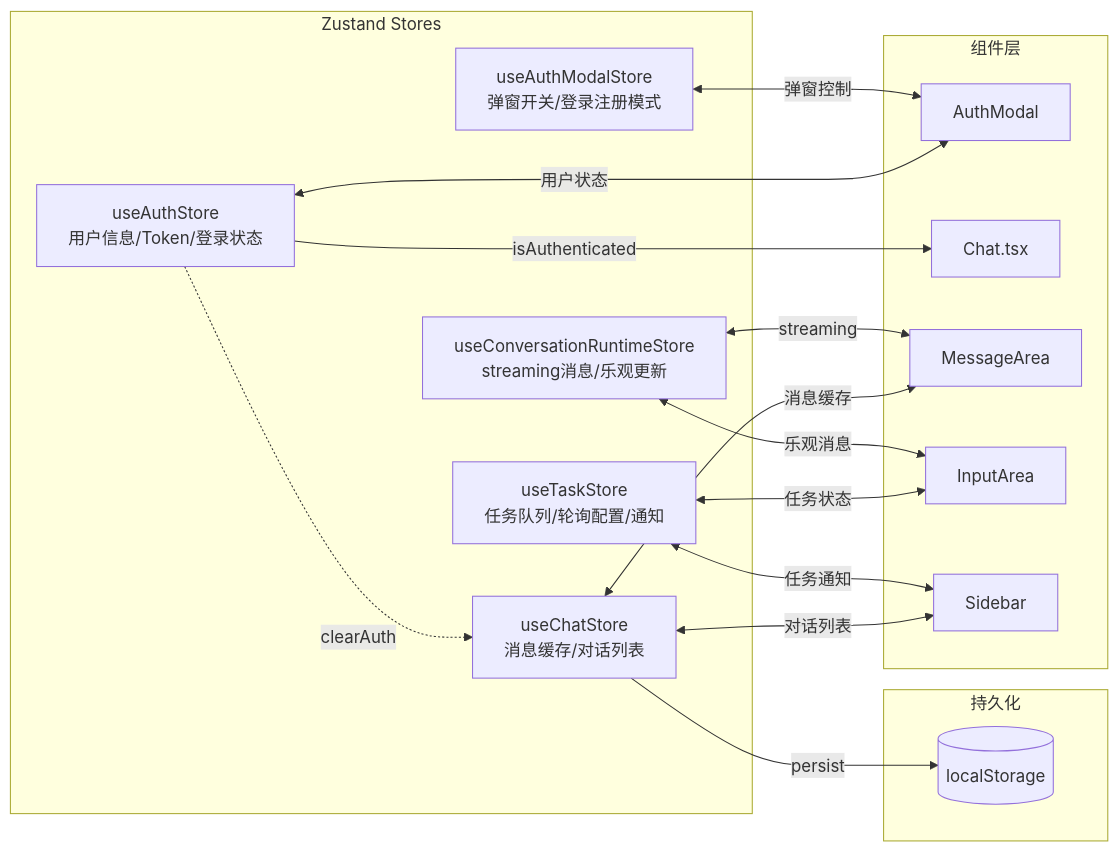
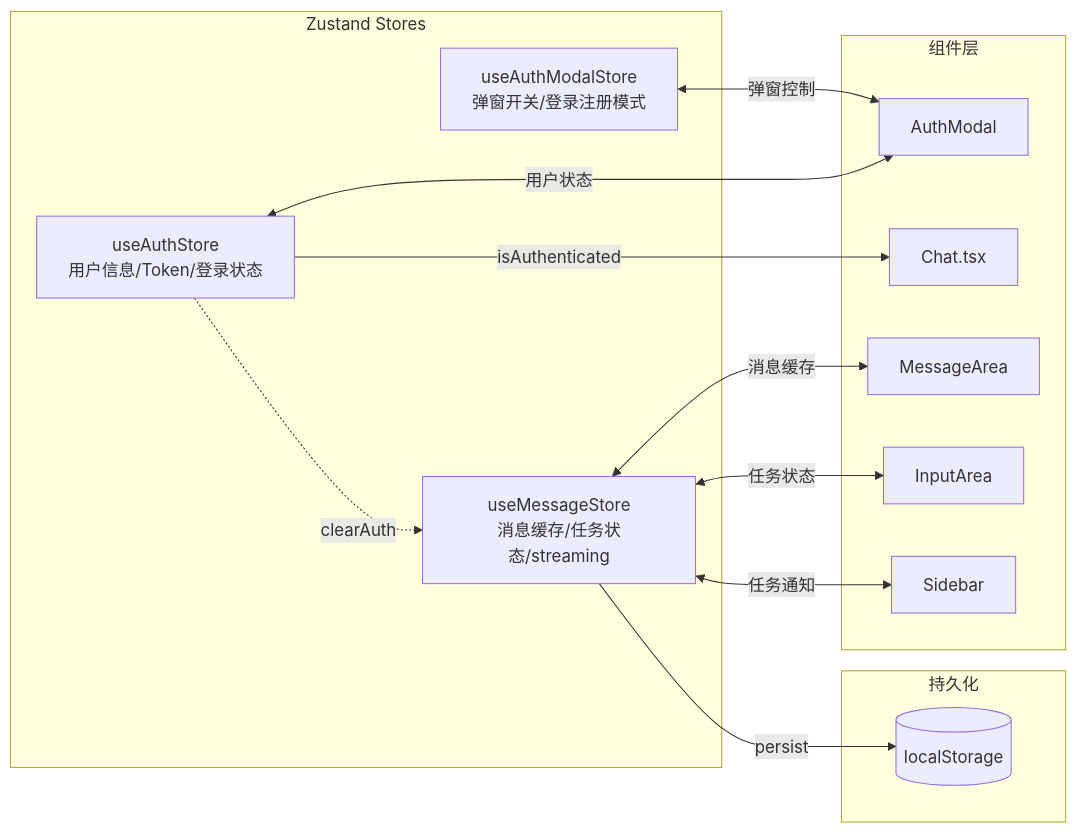
One commit to wucong75644-crypto/EVERYDAYAIONE changed the third of 9 diagrams in docs/FLOW_DIAGRAMS.md. Above: the diagram before and after it, drawn with Mermaid. The commit also changed other lines of this file and 125 other files, not shown here.

````diff
--- a/docs/FLOW_DIAGRAMS.md
+++ b/docs/FLOW_DIAGRAMS.md
@@ -136,38 +136,31 @@
 ```mermaid
 flowchart LR
     subgraph Stores["Zustand Stores"]
         AuthStore[useAuthStore<br/>用户信息/Token/登录状态]
         AuthModalStore[useAuthModalStore<br/>弹窗开关/登录注册模式]
-        ChatStore[useChatStore<br/>消息缓存/对话列表]
-        TaskStore[useTaskStore<br/>任务队列/轮询配置/通知]
-        RuntimeStore[useConversationRuntimeStore<br/>streaming消息/乐观更新]
+        MessageStore[useMessageStore<br/>消息缓存/任务状态/streaming]
     end
 
     subgraph Components[组件层]
         AuthModal[AuthModal]
         Chat[Chat.tsx]
         MessageArea[MessageArea]
         InputArea[InputArea]
         Sidebar[Sidebar]
     end
 
     subgraph Persistence[持久化]
         LocalStorage[(localStorage)]
     end
 
     AuthStore <-->|用户状态| AuthModal
     AuthStore -->|isAuthenticated| Chat
     AuthModalStore <-->|弹窗控制| AuthModal
 
-    ChatStore <-->|消息缓存| MessageArea
-    ChatStore <-->|对话列表| Sidebar
-    ChatStore -->|persist| LocalStorage
+    MessageStore <-->|消息缓存| MessageArea
+    MessageStore <-->|任务状态| InputArea
+    MessageStore <-->|任务通知| Sidebar
+    MessageStore -->|persist| LocalStorage
 
-    TaskStore <-->|任务状态| InputArea
-    TaskStore <-->|任务通知| Sidebar
-
-    RuntimeStore <-->|streaming| MessageArea
-    RuntimeStore <-->|乐观消息| InputArea
-
-    AuthStore -.->|clearAuth| ChatStore
+    AuthStore -.->|clearAuth| MessageStore
 ```
````
